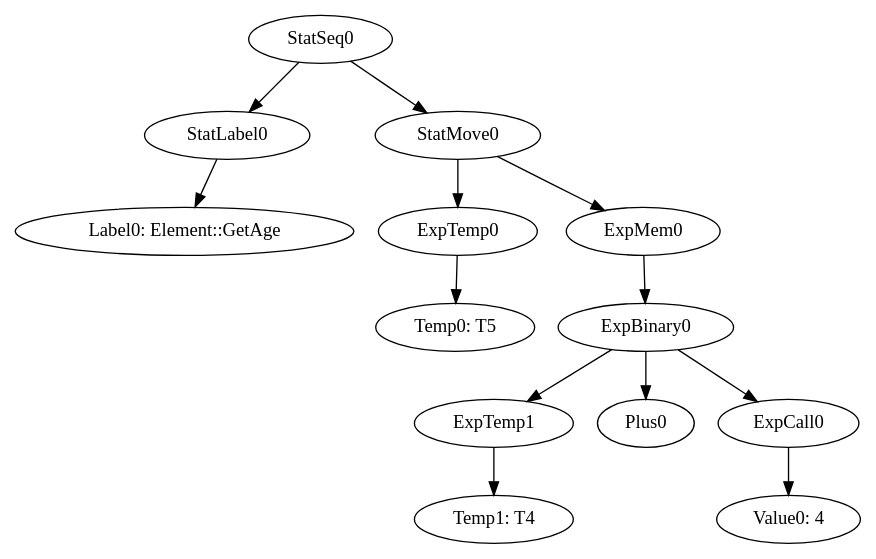
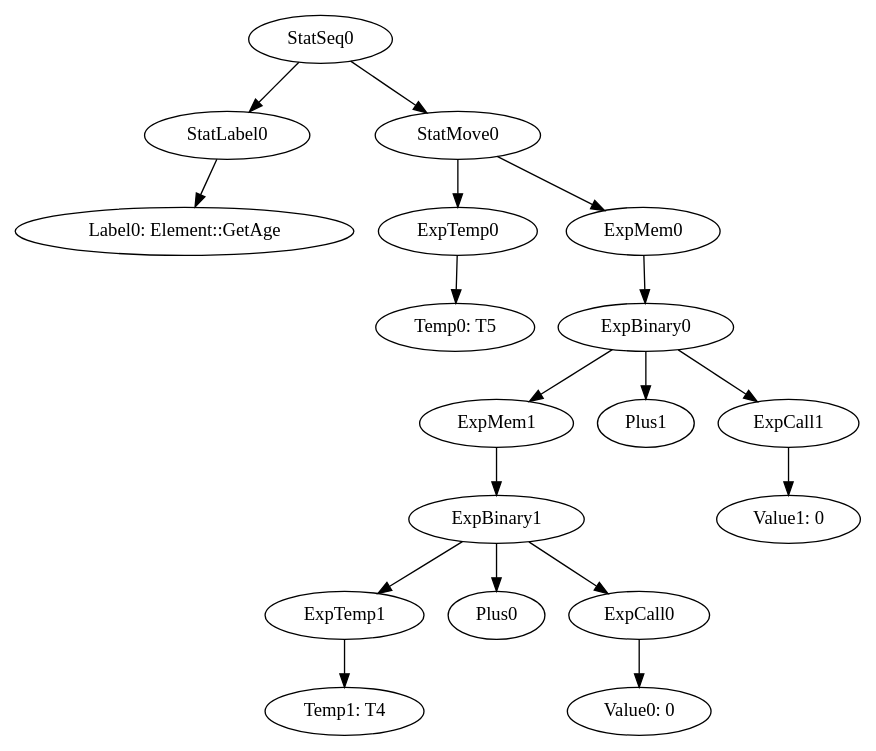
Before and after one commit to team-compilers/compilers: the diagram in MiniJava/results/SamplesCorrect/LinkedList/irt_Element::GetAge.gv, drawn with Graphviz. The commit also changed 168 other files, not shown here.

```diff
--- a/MiniJava/results/SamplesCorrect/LinkedList/irt_Element::GetAge.gv
+++ b/MiniJava/results/SamplesCorrect/LinkedList/irt_Element::GetAge.gv
@@ -1,15 +1,20 @@
 digraph {
 	ordering = out;
-	ExpMem0 -> ExpBinary0;
-	ExpCall0 -> "Value0: 4";
-	ExpTemp1 -> "Temp1: T4";
-	StatLabel0 -> "Label0: Element::GetAge";
+	StatMove0 -> ExpTemp0;
+	StatMove0 -> ExpMem0;
+	ExpBinary0 -> ExpMem1;
+	ExpBinary0 -> Plus1;
+	ExpBinary0 -> ExpCall1;
+	ExpCall1 -> "Value1: 0";
+	ExpTemp0 -> "Temp0: T5";
 	StatSeq0 -> StatLabel0;
 	StatSeq0 -> StatMove0;
-	ExpTemp0 -> "Temp0: T5";
-	ExpBinary0 -> ExpTemp1;
-	ExpBinary0 -> Plus0;
-	ExpBinary0 -> ExpCall0;
-	StatMove0 -> ExpTemp0;
-	StatMove0 -> ExpMem0;
+	StatLabel0 -> "Label0: Element::GetAge";
+	ExpTemp1 -> "Temp1: T4";
+	ExpMem0 -> ExpBinary0;
+	ExpBinary1 -> ExpTemp1;
+	ExpBinary1 -> Plus0;
+	ExpBinary1 -> ExpCall0;
+	ExpCall0 -> "Value0: 0";
+	ExpMem1 -> ExpBinary1;
 }
```
